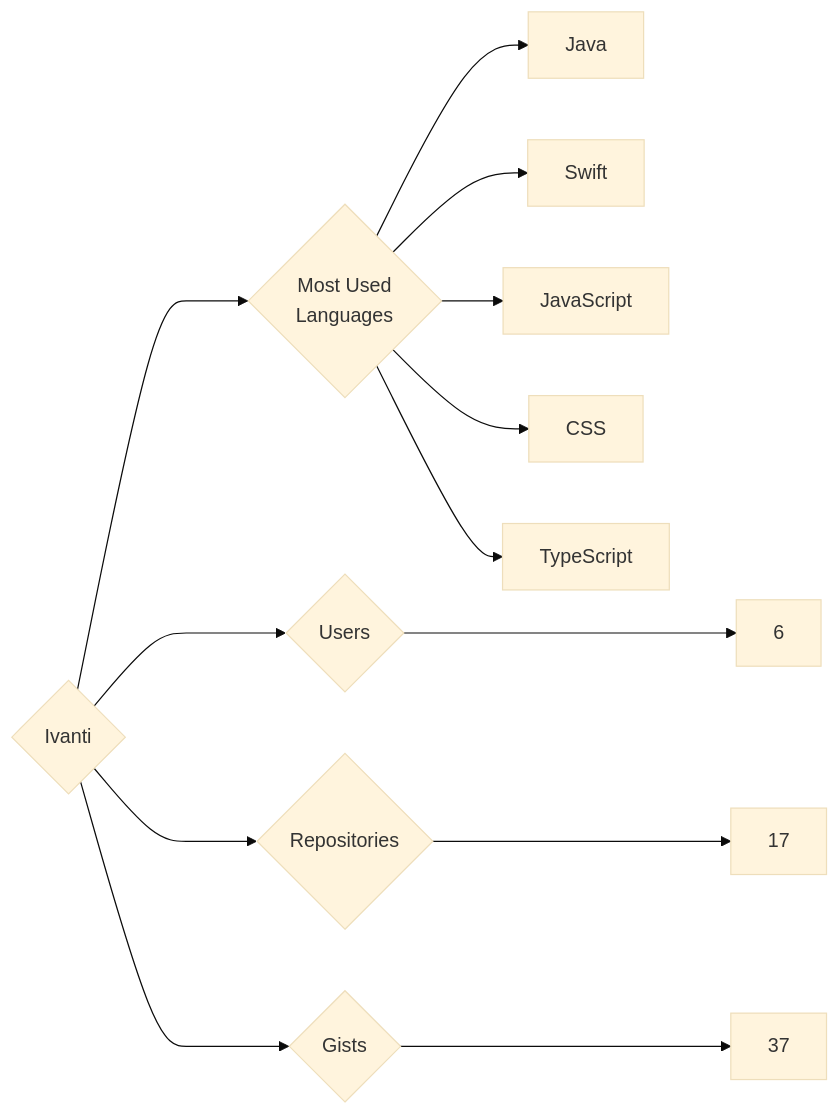
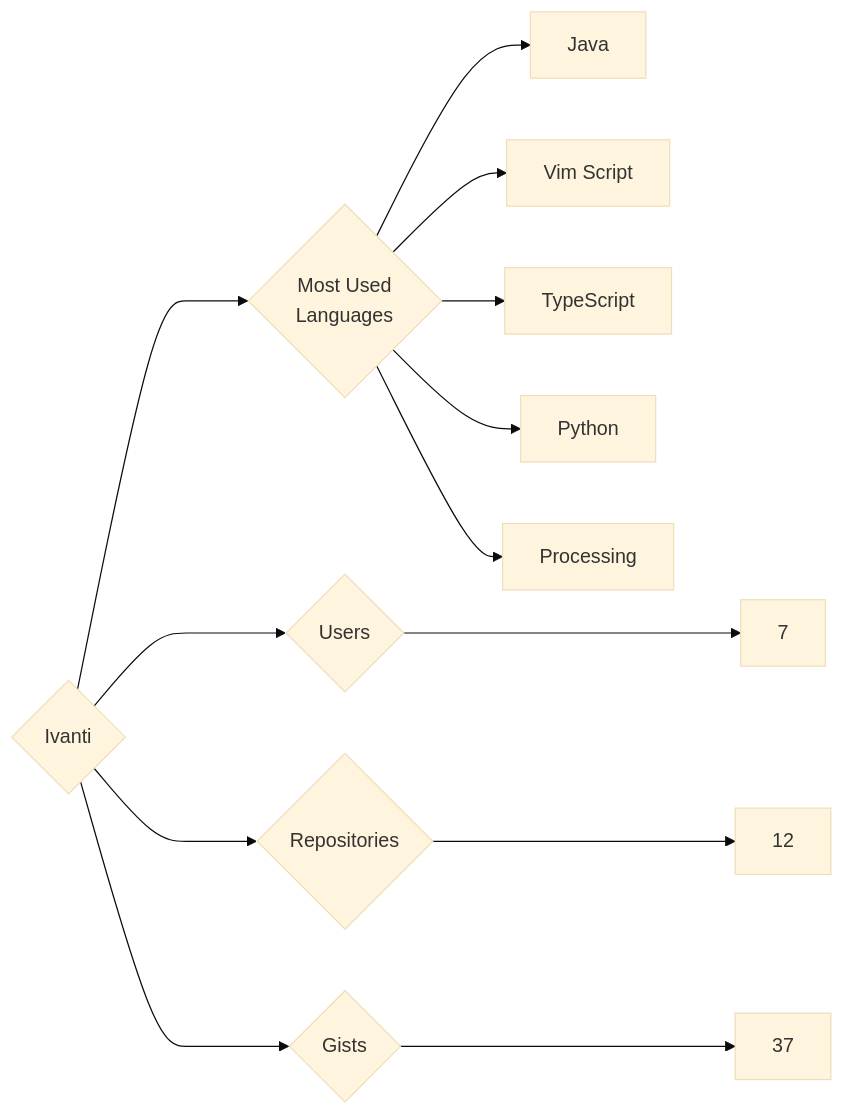
Before and after one commit to trickest/insiders: the diagram in targets/Ivanti/README.md, drawn with Mermaid (base theme). The commit also changed 1238 other files, not shown here.

````diff
--- a/targets/Ivanti/README.md
+++ b/targets/Ivanti/README.md
@@ -3,13 +3,13 @@
 ```mermaid
 graph LR
 COMPANY_NAME{Ivanti}
-COMPANY_NAME ---> U{Users} ---> UN[6]
-COMPANY_NAME ---> R{Repositories} ---> RN[17]
+COMPANY_NAME ---> U{Users} ---> UN[7]
+COMPANY_NAME ---> R{Repositories} ---> RN[12]
 COMPANY_NAME ---> G{Gists} ---> GN[37]
 COMPANY_NAME ---> ML{Most Used<br>Languages}
 ML --> Java[Java]
-ML --> Swift[Swift]
-ML --> JavaScript[JavaScript]
-ML --> CSS[CSS]
+ML --> Vim_Script[Vim Script]
 ML --> TypeScript[TypeScript]
+ML --> Python[Python]
+ML --> Processing[Processing]
 ```
````
